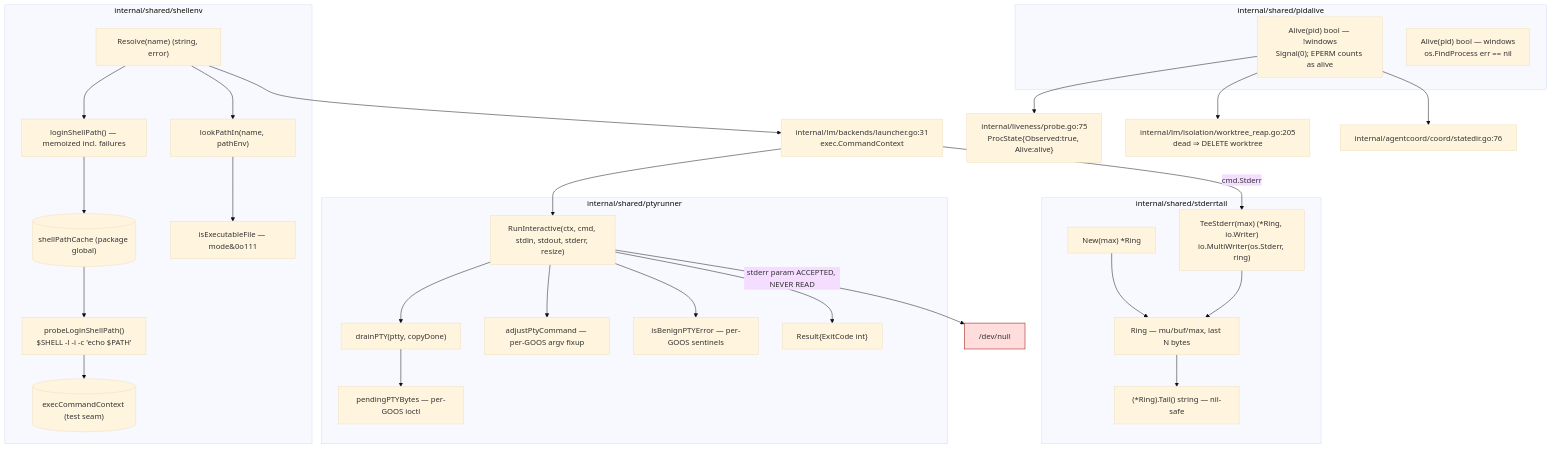
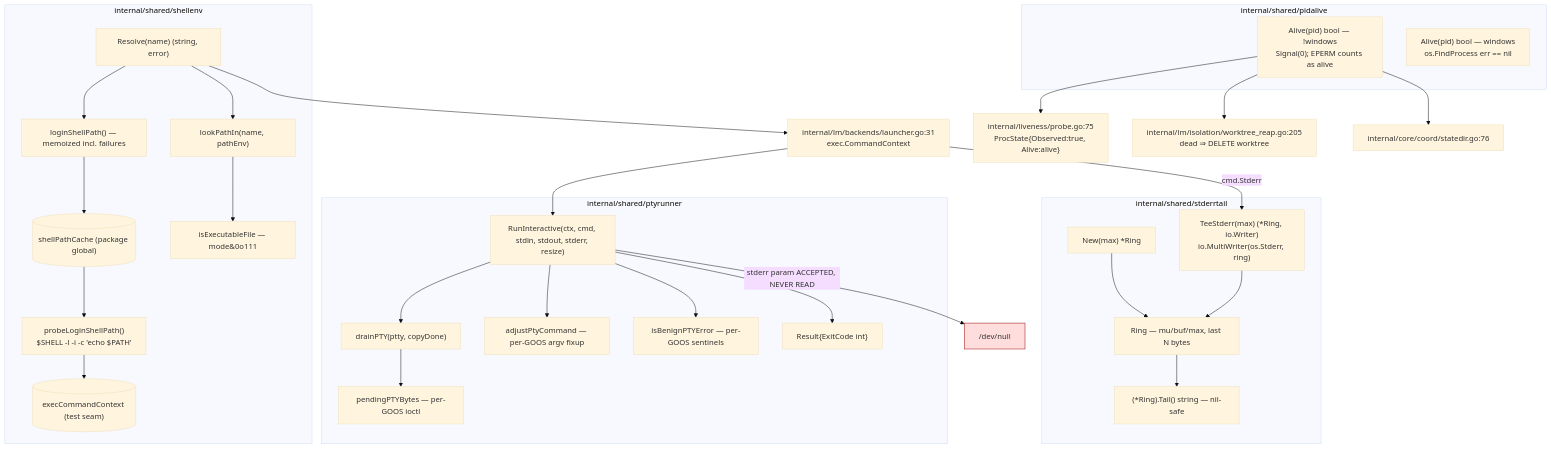
One commit to ctxloom/ctxloom changed the diagram in docs/architecture/shared/process-execution.md. Above: the diagram before and after it, drawn with Mermaid (base theme). The commit also changed other lines of this file and 1836 other files, not shown here.

First line of the commit message:
refactor(arch): move the core ring into internal/core

````diff
--- a/docs/architecture/shared/process-execution.md
+++ b/docs/architecture/shared/process-execution.md
@@ -7,54 +7,54 @@
 ```mermaid
 flowchart TD
   LAUNCH["internal/lm/backends/launcher.go:31<br/>exec.CommandContext"]
 
   subgraph se["internal/shared/shellenv"]
     R["Resolve(name) (string, error)"]
     LSP["loginShellPath() — memoized incl. failures"]
     PLSP["probeLoginShellPath()<br/>$SHELL -l -i -c 'echo $PATH'"]
     LPI["lookPathIn(name, pathEnv)"]
     IEF["isExecutableFile — mode&0o111"]
     CACHE[("shellPathCache (package global)")]
     SEAM[("execCommandContext (test seam)")]
     R --> LSP --> CACHE
     CACHE --> PLSP --> SEAM
     R --> LPI --> IEF
   end
 
   subgraph pr["internal/shared/ptyrunner"]
     RI["RunInteractive(ctx, cmd, stdin, stdout, stderr, resize)"]
     DR["drainPTY(ptty, copyDone)"]
     RES["Result{ExitCode int}"]
     PPB["pendingPTYBytes — per-GOOS ioctl"]
     IBE["isBenignPTYError — per-GOOS sentinels"]
     APC["adjustPtyCommand — per-GOOS argv fixup"]
     RI --> DR --> PPB
     RI --> APC
     RI --> IBE
     RI --> RES
   end
 
   subgraph st["internal/shared/stderrtail"]
     RING["Ring — mu/buf/max, last N bytes"]
     NEWR["New(max) *Ring"]
     TEE["TeeStderr(max) (*Ring, io.Writer)<br/>io.MultiWriter(os.Stderr, ring)"]
     TAIL["(*Ring).Tail() string — nil-safe"]
     NEWR --> RING
     TEE --> RING
     RING --> TAIL
   end
 
   subgraph pa["internal/shared/pidalive"]
     AU["Alive(pid) bool — !windows<br/>Signal(0); EPERM counts as alive"]
     AW["Alive(pid) bool — windows<br/>os.FindProcess err == nil"]
   end
 
   R --> LAUNCH --> RI
   LAUNCH -->|"cmd.Stderr"| TEE
   RI -->|"stderr param ACCEPTED, NEVER READ"| VOID["/dev/null"]
   AU --> LIVE["internal/liveness/probe.go:75<br/>ProcState{Observed:true, Alive:alive}"]
   AU --> REAP["internal/lm/isolation/worktree_reap.go:205<br/>dead ⇒ DELETE worktree"]
-  AU --> SD["internal/agentcoord/coord/statedir.go:76"]
+  AU --> SD["internal/core/coord/statedir.go:76"]
 
   style VOID fill:#fdd,stroke:#900
 ```
````
